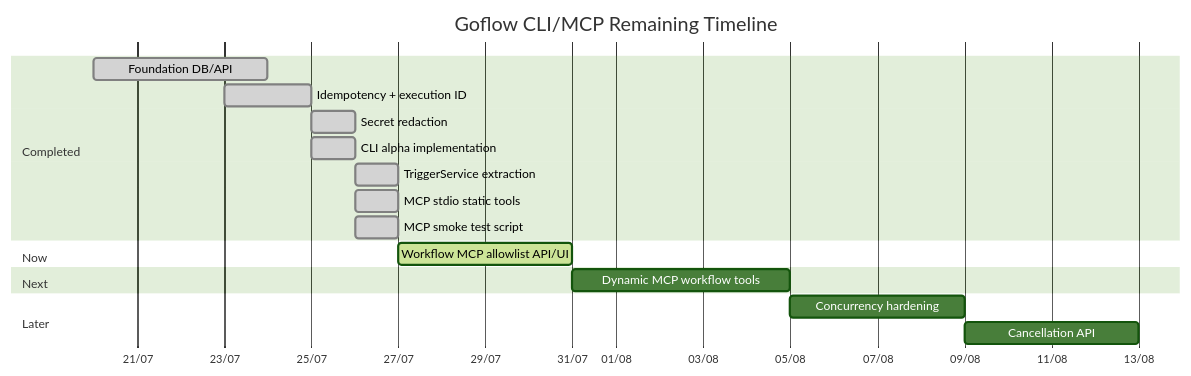
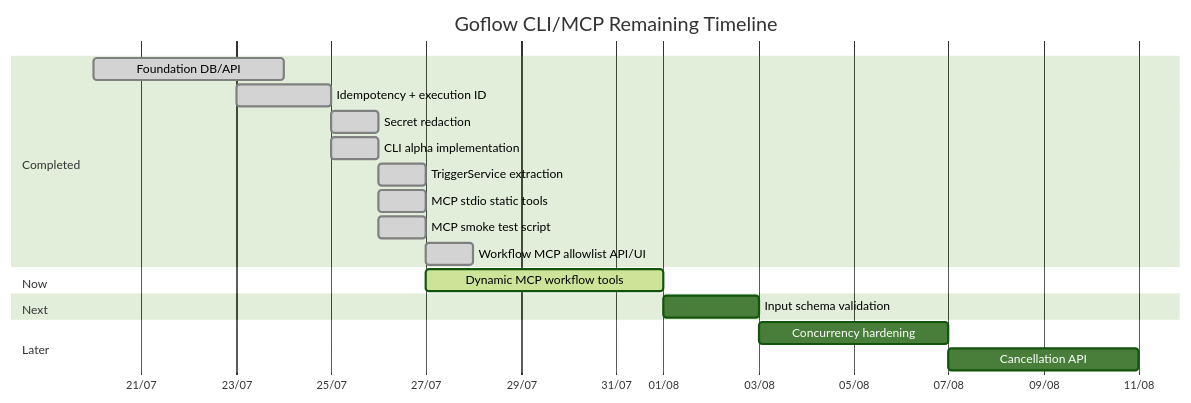
The second of 2 diagrams in ROADMAP_PROGRESS.md (hstptcn5/Goflow), drawn with Mermaid (forest theme) before and after one commit. The commit also changed other lines of this file and 16 other files, not shown here.

First line of the commit message:
Workflow MCP allowlist UI/API

````diff
--- a/ROADMAP_PROGRESS.md
+++ b/ROADMAP_PROGRESS.md
@@ -59,25 +59,26 @@
 ```mermaid
 gantt
     title Goflow CLI/MCP Remaining Timeline
     dateFormat  YYYY-MM-DD
     axisFormat  %d/%m
 
     section Completed
     Foundation DB/API             :done, f1, 2026-07-20, 4d
     Idempotency + execution ID     :done, f2, 2026-07-23, 2d
     Secret redaction               :done, f3, 2026-07-25, 1d
     CLI alpha implementation       :done, cli1, 2026-07-25, 1d
     TriggerService extraction      :done, svc1, 2026-07-26, 1d
     MCP stdio static tools         :done, mcp1, 2026-07-26, 1d
     MCP smoke test script          :done, mcp2, 2026-07-26, 1d
+    Workflow MCP allowlist API/UI  :done, mcp3, 2026-07-27, 1d
 
     section Now
-    Workflow MCP allowlist API/UI  :active, mcp3, 2026-07-27, 4d
+    Dynamic MCP workflow tools     :active, mcp4, 2026-07-27, 5d
 
     section Next
-    Dynamic MCP workflow tools     :mcp4, after mcp3, 5d
+    Input schema validation        :mcp5, after mcp4, 2d
 
     section Later
-    Concurrency hardening          :hard1, after mcp4, 4d
+    Concurrency hardening          :hard1, after mcp5, 4d
     Cancellation API               :hard2, after hard1, 4d
 ```
````
